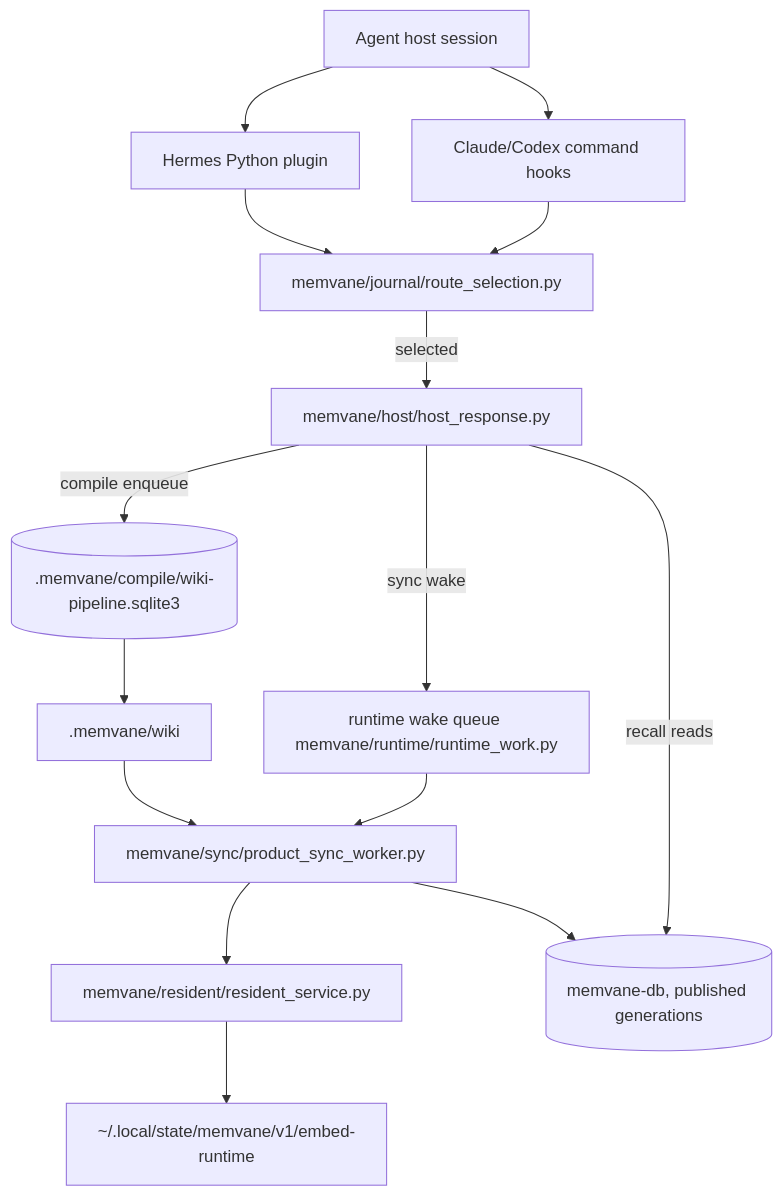
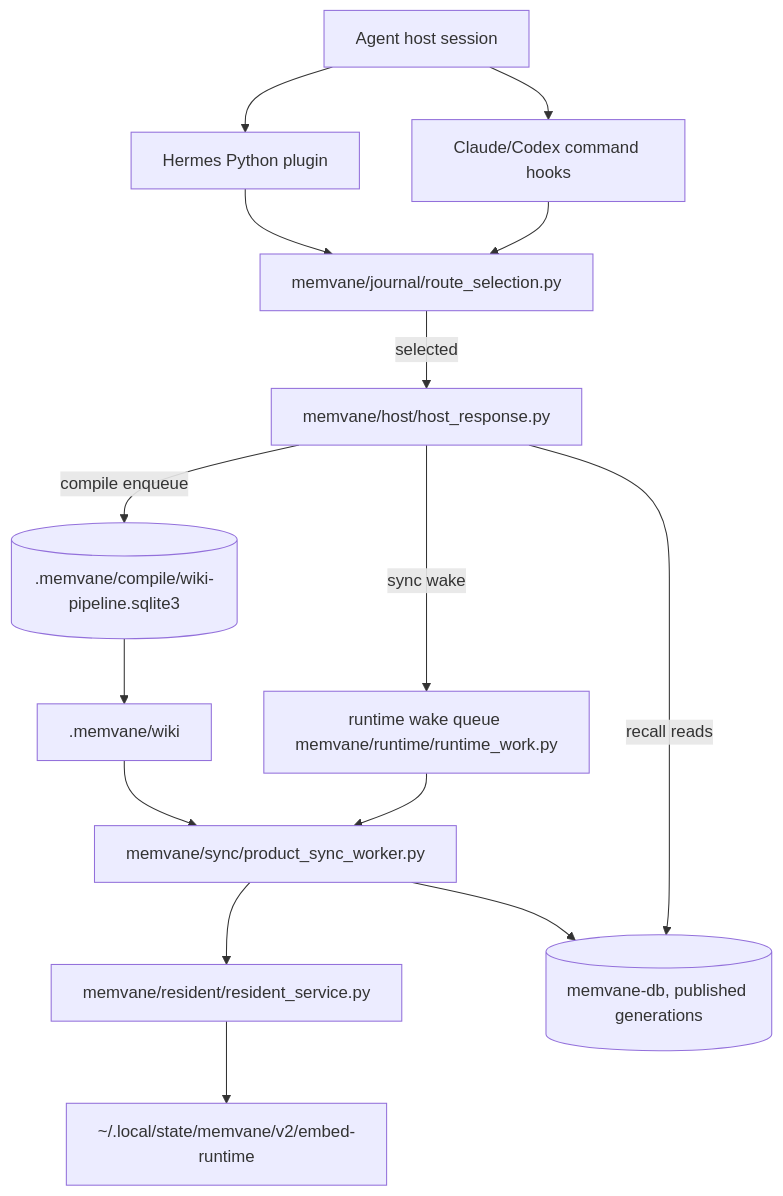
One commit to zbdulee/memvane changed the diagram in docs/architecture.md. Above: the diagram before and after it, drawn with Mermaid. The commit also changed other lines of this file and 19 other files, not shown here.

````diff
--- a/docs/architecture.md
+++ b/docs/architecture.md
@@ -88,30 +88,30 @@
 ```mermaid
 flowchart TD
     User[Agent host session]
     Claude[Claude/Codex command hooks]
     Hermes[Hermes Python plugin]
     Route[memvane/journal/route_selection.py]
     Resp[memvane/host/host_response.py]
     Wakes[runtime wake queue memvane/runtime/runtime_work.py]
     Sync[memvane/sync/product_sync_worker.py]
     Resident[memvane/resident/resident_service.py]
-    Embed[~/.local/state/memvane/v1/embed-runtime]
+    Embed[~/.local/state/memvane/v2/embed-runtime]
     Index[(memvane-db, published generations)]
     CompileQ[(.memvane/compile/wiki-pipeline.sqlite3)]
     Wiki[.memvane/wiki]
 
     User --> Claude
     User --> Hermes
     Claude --> Route
     Hermes --> Route
     Route -->|selected| Resp
     Resp -->|recall reads| Index
     Resp -->|sync wake| Wakes
     Resp -->|compile enqueue| CompileQ
     Wakes --> Sync
     Sync --> Resident
     Resident --> Embed
     Sync --> Index
     CompileQ --> Wiki
     Wiki --> Sync
 ```
````
